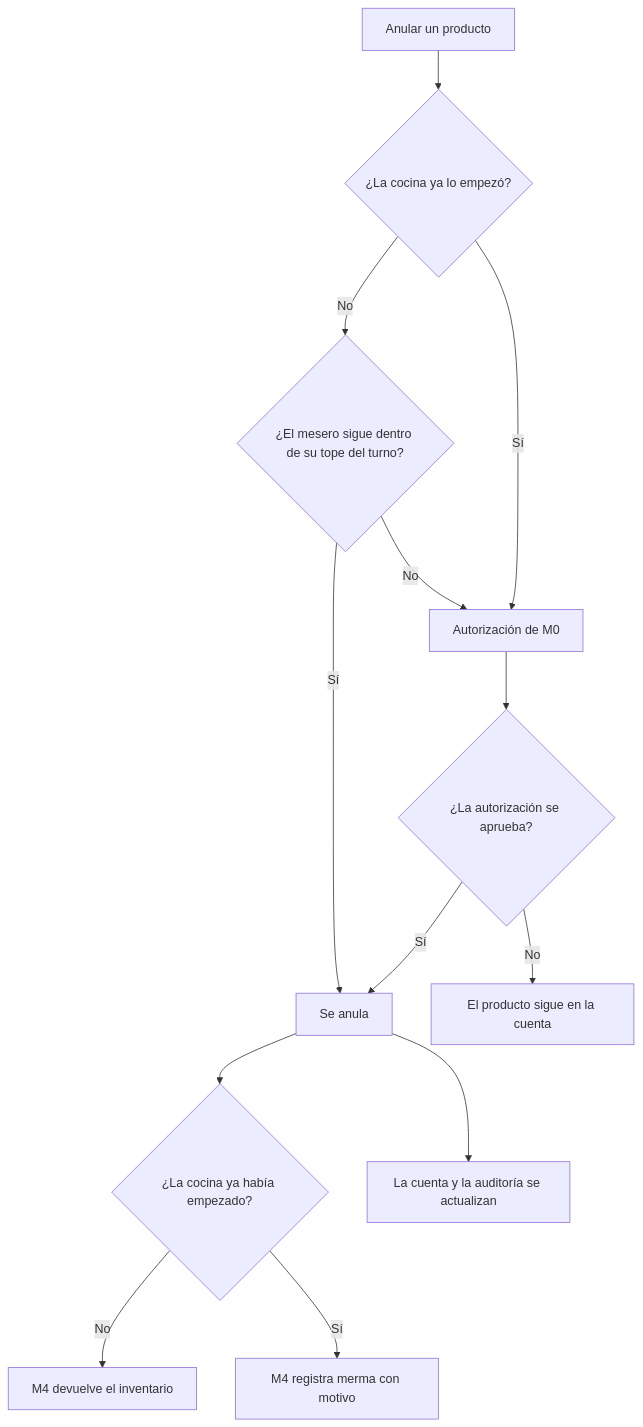
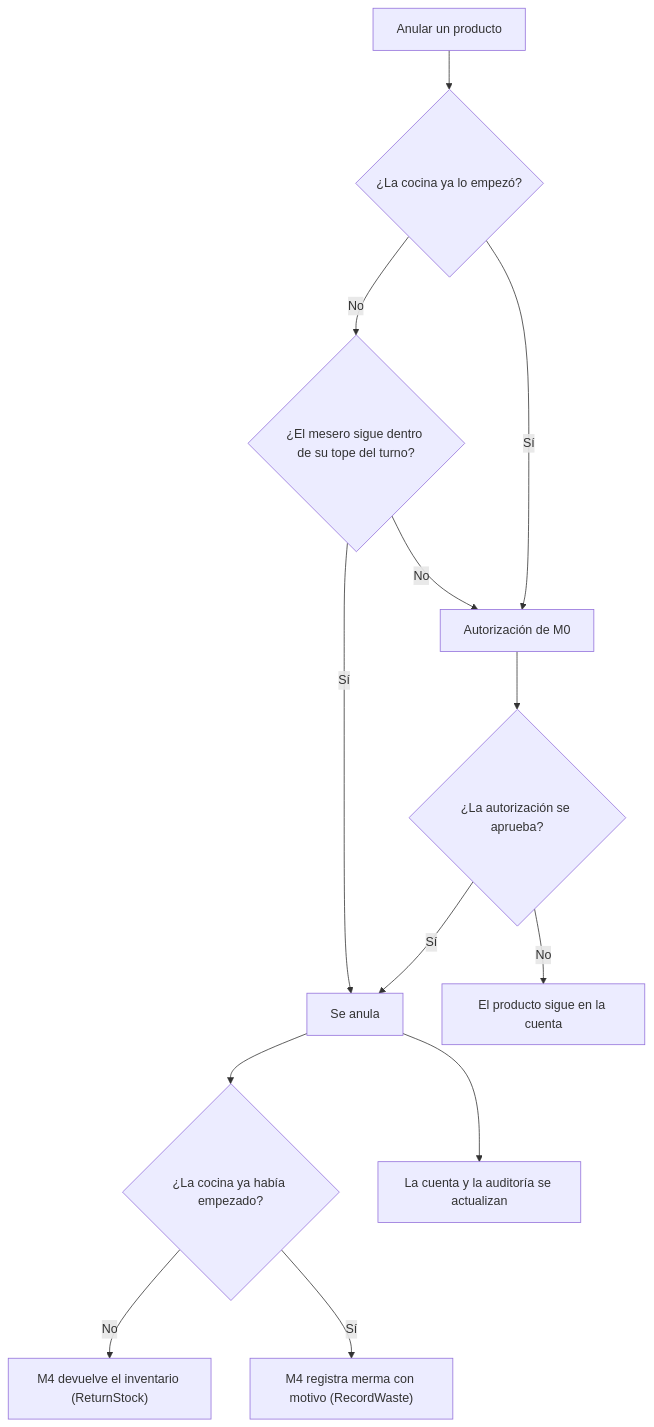
Before and after one commit to CesarJOtizM/blackHole: the sixth of 8 diagrams in docs/flujos/m1-pedidos-y-salon.md, drawn with Mermaid. The commit also changed other lines of this file and 159 other files, not shown here.

````diff
--- a/docs/flujos/m1-pedidos-y-salon.md
+++ b/docs/flujos/m1-pedidos-y-salon.md
@@ -125,15 +139,15 @@
 ```mermaid
 flowchart TD
   A["Anular un producto"] --> B{"¿La cocina ya lo empezó?"}
   B -->|No| C{"¿El mesero sigue dentro de su tope del turno?"}
   C -->|Sí| D["Se anula"]
   C -->|No| E["Autorización de M0"]
   B -->|Sí| E
   E --> R{"¿La autorización se aprueba?"}
   R -->|No| X["El producto sigue en la cuenta"]
   R -->|Sí| D
   D --> F{"¿La cocina ya había empezado?"}
-  F -->|No| G["M4 devuelve el inventario"]
-  F -->|Sí| H["M4 registra merma con motivo"]
+  F -->|No| G["M4 devuelve el inventario (ReturnStock)"]
+  F -->|Sí| H["M4 registra merma con motivo (RecordWaste)"]
   D --> I["La cuenta y la auditoría se actualizan"]
 ```
````
